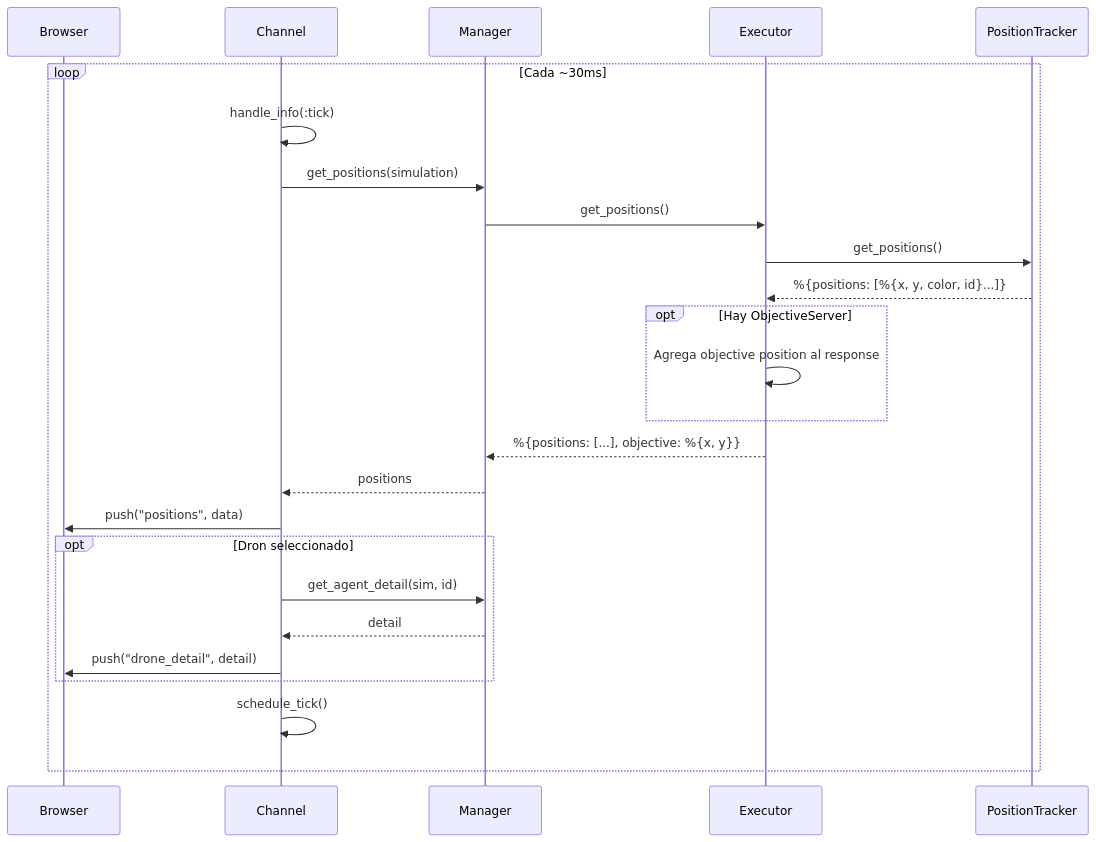
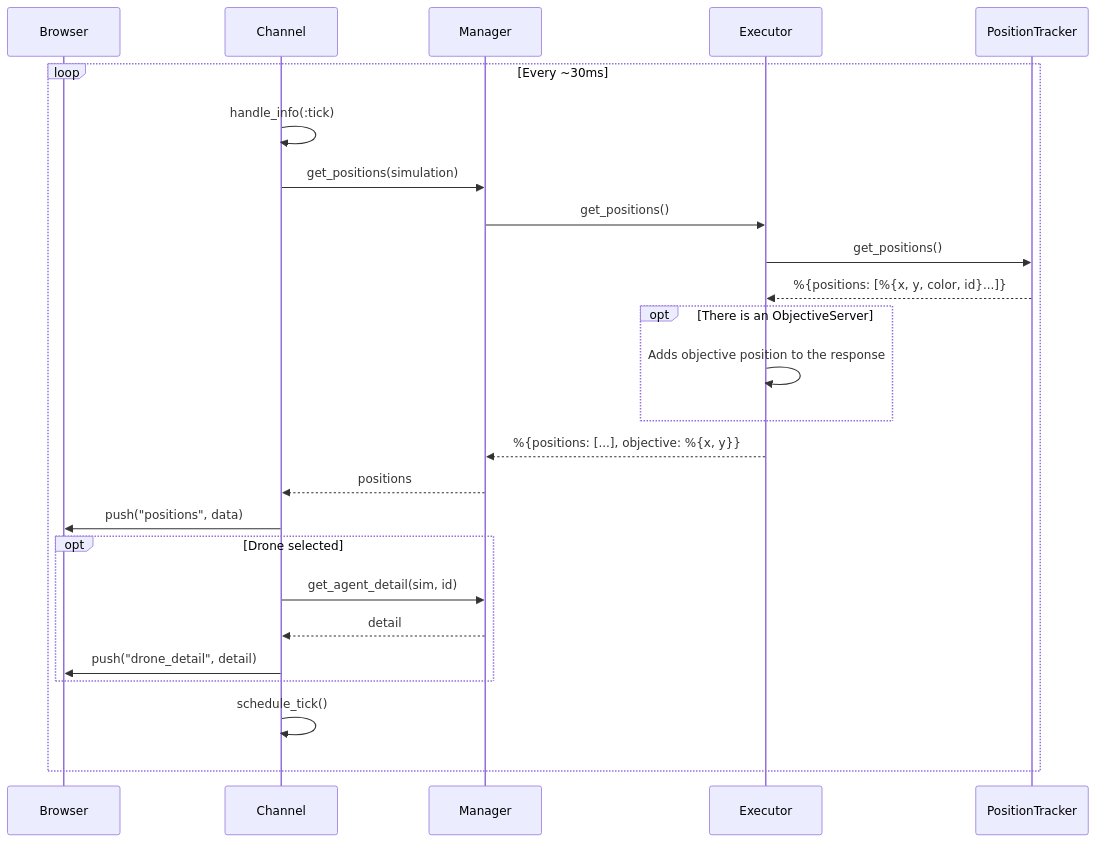
One commit to FLAGlab/Elixir-Swarm-Simulator changed the fifth of 11 diagrams in docs/data_flows.md. Above: the diagram before and after it, drawn with Mermaid. The commit also changed other lines of this file and 40 other files, not shown here.

````diff
--- a/docs/data_flows.md
+++ b/docs/data_flows.md
@@ -135,28 +135,28 @@
 ```mermaid
 sequenceDiagram
     participant JS as Browser
     participant Ch as Channel
     participant Mg as Manager
     participant Ex as Executor
     participant PT as PositionTracker
 
-    loop Cada ~30ms
+    loop Every ~30ms
         Ch->>Ch: handle_info(:tick)
         Ch->>Mg: get_positions(simulation)
         Mg->>Ex: get_positions()
         Ex->>PT: get_positions()
         PT-->>Ex: %{positions: [%{x, y, color, id}...]}
-        opt Hay ObjectiveServer
-            Ex->>Ex: Agrega objective position al response
+        opt There is an ObjectiveServer
+            Ex->>Ex: Adds objective position to the response
         end
         Ex-->>Mg: %{positions: [...], objective: %{x, y}}
         Mg-->>Ch: positions
         Ch->>JS: push("positions", data)
-        opt Dron seleccionado
+        opt Drone selected
             Ch->>Mg: get_agent_detail(sim, id)
             Mg-->>Ch: detail
             Ch->>JS: push("drone_detail", detail)
         end
         Ch->>Ch: schedule_tick()
     end
 ```
````
